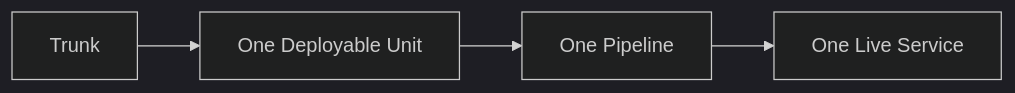
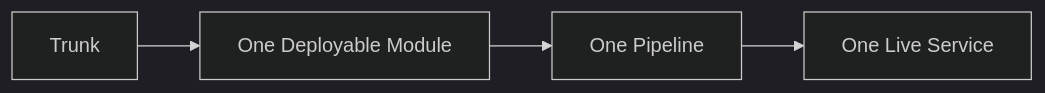
One commit to ready-to-release/eac changed the first of 3 diagrams in docs/explanation/continuous-delivery/core-concepts/unit-of-flow.md. Above: the diagram before and after it, drawn with Mermaid (dark theme). The commit also changed other lines of this file and 43 other files, not shown here.

````diff
--- a/docs/explanation/continuous-delivery/core-concepts/unit-of-flow.md
+++ b/docs/explanation/continuous-delivery/core-concepts/unit-of-flow.md
@@ -285,6 +285,6 @@
 ```mermaid
 flowchart LR
-    TR[Trunk] --> DU[One Deployable Unit]
+    TR[Trunk] --> DU[One Deployable Module]
     DU --> PP[One Pipeline]
     PP --> LS[One Live Service]
 ```
````
